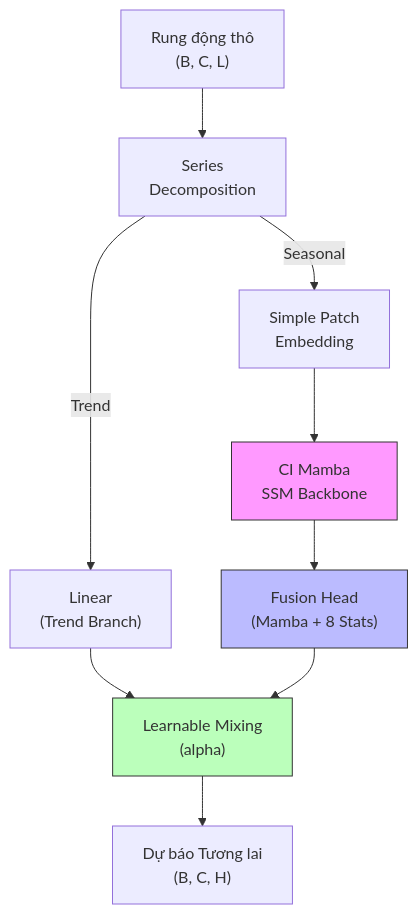
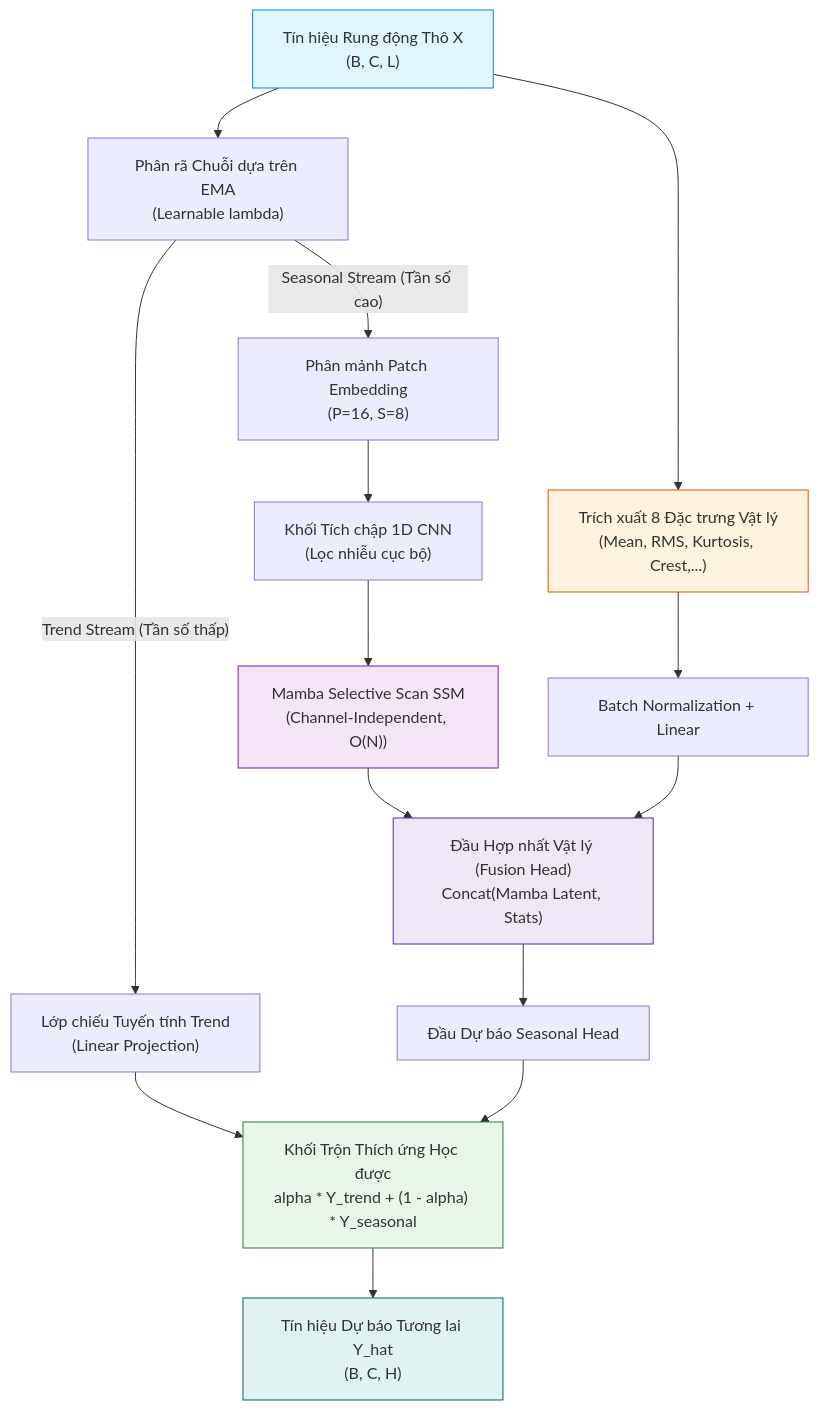
Before and after one commit to sunbv56/mamba-forecast-ad: the first of 2 diagrams in project_overview_report.md, drawn with Mermaid. The commit also changed other lines of this file and 1 other file, not shown here.

````diff
--- a/project_overview_report.md
+++ b/project_overview_report.md
@@ -32,19 +58,29 @@
 ```mermaid
 graph TD
-    Input["Rung động thô<br>(B, C, L)"] --> Decomp["Series<br>Decomposition"]
+    Raw["Tín hiệu Rung động Thô X<br>(B, C, L)"] --> Decomp["Phân rã Chuỗi dựa trên EMA<br>(Learnable lambda)"]
     
-    Decomp -->|"Seasonal"| SimplePatch["Simple Patch<br>Embedding"]
-    Decomp -->|"Trend"| TrendHead["Linear<br>(Trend Branch)"]
+    Decomp -->|"Trend Stream (Tần số thấp)"| TrendLinear["Lớp chiếu Tuyến tính Trend<br>(Linear Projection)"]
+    Decomp -->|"Seasonal Stream (Tần số cao)"| Patch["Phân mảnh Patch Embedding<br>(P=16, S=8)"]
     
-    SimplePatch --> Mamba["CI Mamba<br>SSM Backbone"]
-    Mamba --> Fusion["Fusion Head<br>(Mamba + 8 Stats)"]
+    Patch --> Conv["Khối Tích chập 1D CNN<br>(Lọc nhiễu cục bộ)"]
+    Conv --> Mamba["Mamba Selective Scan SSM<br>(Channel-Independent, O(N))"]
     
-    TrendHead --> Mix["Learnable Mixing<br>(alpha)"]
-    Fusion --> Mix
+    Raw --> Stats["Trích xuất 8 Đặc trưng Vật lý<br>(Mean, RMS, Kurtosis, Crest,...)"]
+    Stats --> BN["Batch Normalization + Linear"]
     
-    Mix --> Output["Dự báo Tương lai<br>(B, C, H)"]
-
-    style Mamba fill:#f9f,stroke:#333,stroke-width:1px
-    style Fusion fill:#bbf,stroke:#333,stroke-width:1px
-    style Mix fill:#bfb,stroke:#333,stroke-width:1px
+    Mamba --> Fusion["Đầu Hợp nhất Vật lý (Fusion Head)<br>Concat(Mamba Latent, Stats)"]
+    BN --> Fusion
+    Fusion --> ForecastHead["Đầu Dự báo Seasonal Head"]
+    
+    TrendLinear --> Mix["Khối Trộn Thích ứng Học được<br>alpha * Y_trend + (1 - alpha) * Y_seasonal"]
+    ForecastHead --> Mix
+    
+    Mix --> Pred["Tín hiệu Dự báo Tương lai Y_hat<br>(B, C, H)"]
+    
+    style Raw fill:#e1f5fe,stroke:#0288d1,stroke-width:1px
+    style Mamba fill:#f3e5f5,stroke:#7b1fa2,stroke-width:1px
+    style Stats fill:#fff3e0,stroke:#e65100,stroke-width:1px
+    style Fusion fill:#ede7f6,stroke:#512da8,stroke-width:1px
+    style Mix fill:#e8f5e9,stroke:#2e7d32,stroke-width:1px
+    style Pred fill:#e0f2f1,stroke:#00695c,stroke-width:1px
 ```
````
